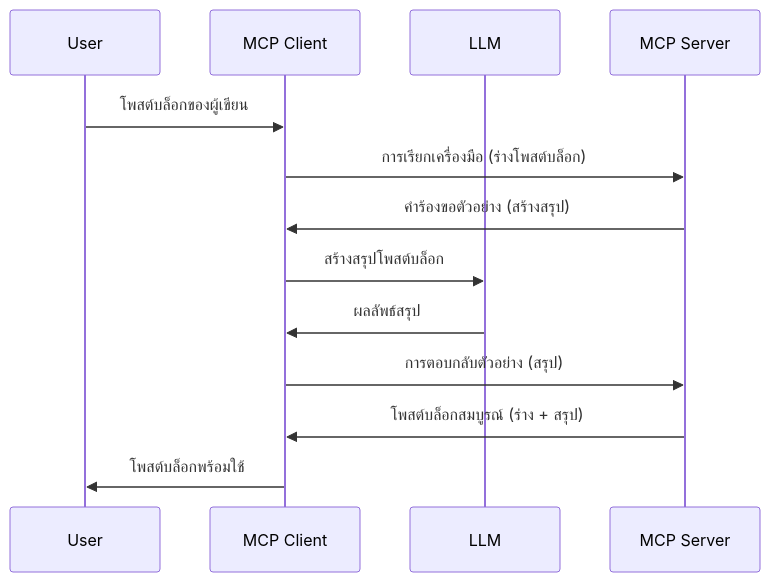
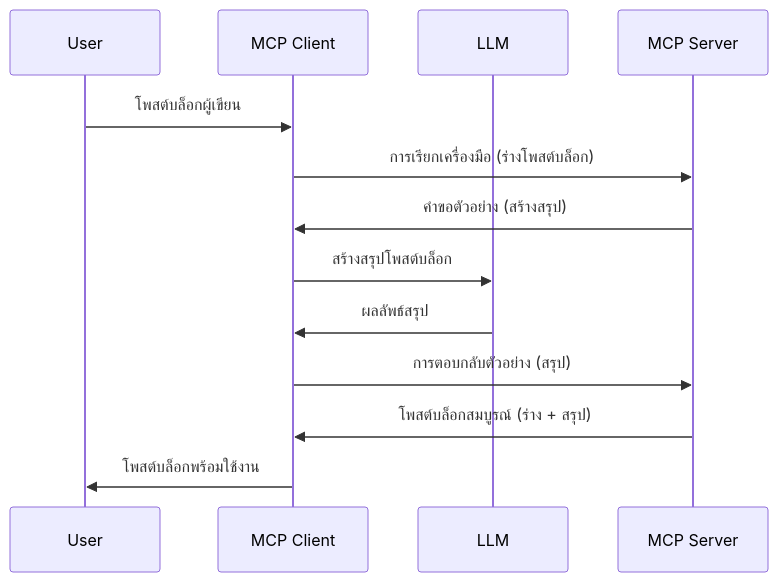
The diagram in mcp_ecosystem__model_context_protocol/mcp_learning_resources/mcp-for-beginners/translations/th/03-GettingStarted/14-sampling/README.md (HIDORAKAI002/ai-workspace-archive), drawn with Mermaid before and after one commit. The commit also changed other lines of this file and 5748 other files, not shown here.

Commit message:
chore(sync): update MCP Python SDK, MCP TypeScript SDK, Supabase MCP, Kubernetes MCP Server, Git MCP, MCP Agent, Awesome ChatGPT Prompts, Langfuse, +62 more

````diff
--- a/mcp_ecosystem__model_context_protocol/mcp_learning_resources/mcp-for-beginners/translations/th/03-GettingStarted/14-sampling/README.md
+++ b/mcp_ecosystem__model_context_protocol/mcp_learning_resources/mcp-for-beginners/translations/th/03-GettingStarted/14-sampling/README.md
@@ -25,16 +27,16 @@
 ```mermaid
 sequenceDiagram
     participant User
     participant MCP Client
     participant LLM
     participant MCP Server
 
-    User->>MCP Client: โพสต์บล็อกของผู้เขียน
+    User->>MCP Client: โพสต์บล็อกผู้เขียน
     MCP Client->>MCP Server: การเรียกเครื่องมือ (ร่างโพสต์บล็อก)
-    MCP Server->>MCP Client: คำร้องขอตัวอย่าง (สร้างสรุป)
+    MCP Server->>MCP Client: คำขอตัวอย่าง (สร้างสรุป)
     MCP Client->>LLM: สร้างสรุปโพสต์บล็อก
     LLM->>MCP Client: ผลลัพธ์สรุป
     MCP Client->>MCP Server: การตอบกลับตัวอย่าง (สรุป)
     MCP Server->>MCP Client: โพสต์บล็อกสมบูรณ์ (ร่าง + สรุป)
-    MCP Client->>User: โพสต์บล็อกพร้อมใช้
+    MCP Client->>User: โพสต์บล็อกพร้อมใช้งาน
 ```
````
